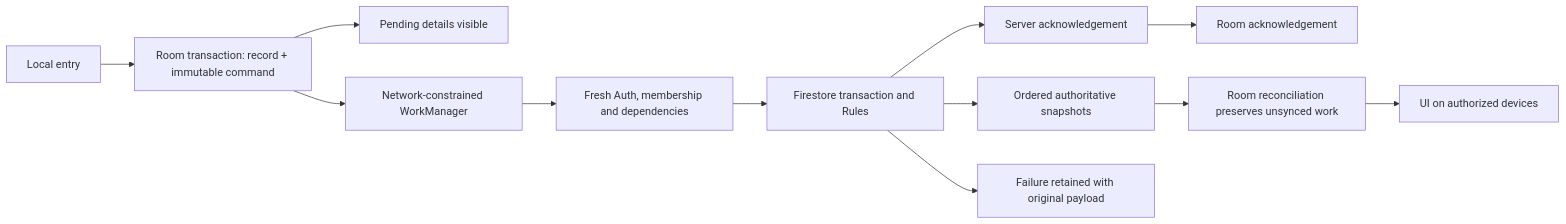
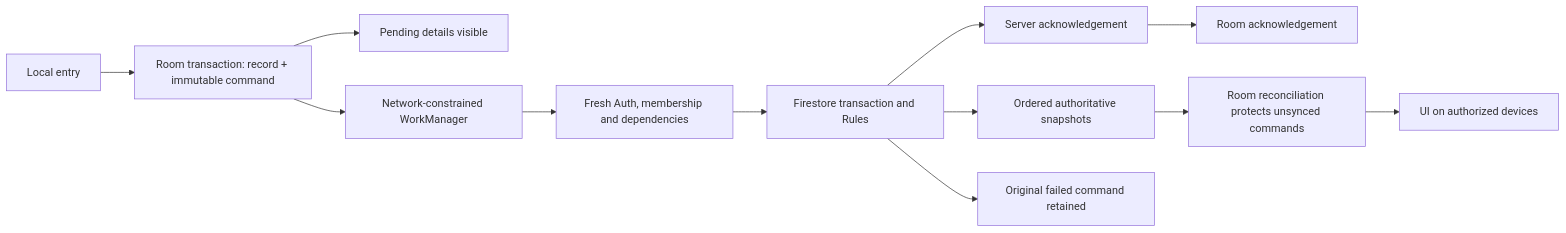
The diagram in docs/OFFLINE_SYNC_RELIABILITY.md (Thiru-Selvam-06/aidhunt-trac-release), drawn with Mermaid before and after one commit. The commit also changed other lines of this file and 6 other files, not shown here.

````diff
--- a/docs/OFFLINE_SYNC_RELIABILITY.md
+++ b/docs/OFFLINE_SYNC_RELIABILITY.md
@@ -18,14 +25,14 @@
 ```mermaid
 flowchart LR
   A[Local entry] --> B[Room transaction: record + immutable command]
   B --> C[Pending details visible]
   B --> D[Network-constrained WorkManager]
   D --> E[Fresh Auth, membership and dependencies]
   E --> F[Firestore transaction and Rules]
   F --> G[Server acknowledgement]
   G --> H[Room acknowledgement]
   F --> I[Ordered authoritative snapshots]
-  I --> J[Room reconciliation preserves unsynced work]
+  I --> J[Room reconciliation protects unsynced commands]
   J --> K[UI on authorized devices]
-  F --> L[Failure retained with original payload]
+  F --> L[Original failed command retained]
 ```
````
